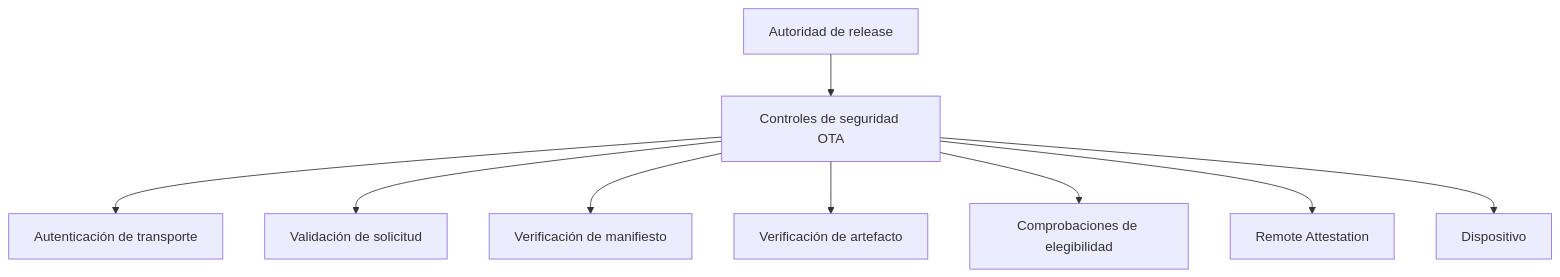
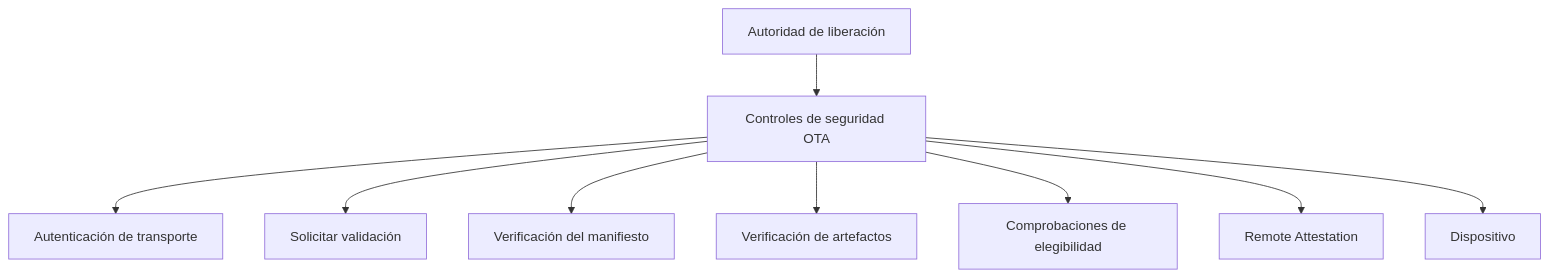
One commit to enigm-llc/docs changed the first of 3 diagrams in es/os/ota-security.mdx. Above: the diagram before and after it, drawn with Mermaid. The commit also changed other lines of this file and 43 other files, not shown here.

````diff
--- a/es/os/ota-security.mdx
+++ b/es/os/ota-security.mdx
@@ -24,21 +15,21 @@
 ```mermaid
 flowchart TD
-  Authority["Autoridad de release"]
+  Authority["Autoridad de liberación"]
   Controls["Controles de seguridad OTA"]
   Transport["Autenticación de transporte"]
-  Request["Validación de solicitud"]
-  Manifest["Verificación de manifiesto"]
-  Artifact["Verificación de artefacto"]
+  Request["Solicitar validación"]
+  Manifest["Verificación del manifiesto"]
+  Artifact["Verificación de artefactos"]
   Eligibility["Comprobaciones de elegibilidad"]
   Attestation["Remote Attestation"]
   Device["Dispositivo"]
 
   Authority --> Controls
   Controls --> Transport
   Controls --> Request
   Controls --> Manifest
   Controls --> Artifact
   Controls --> Eligibility
   Controls --> Attestation
   Controls --> Device
 ```
````
